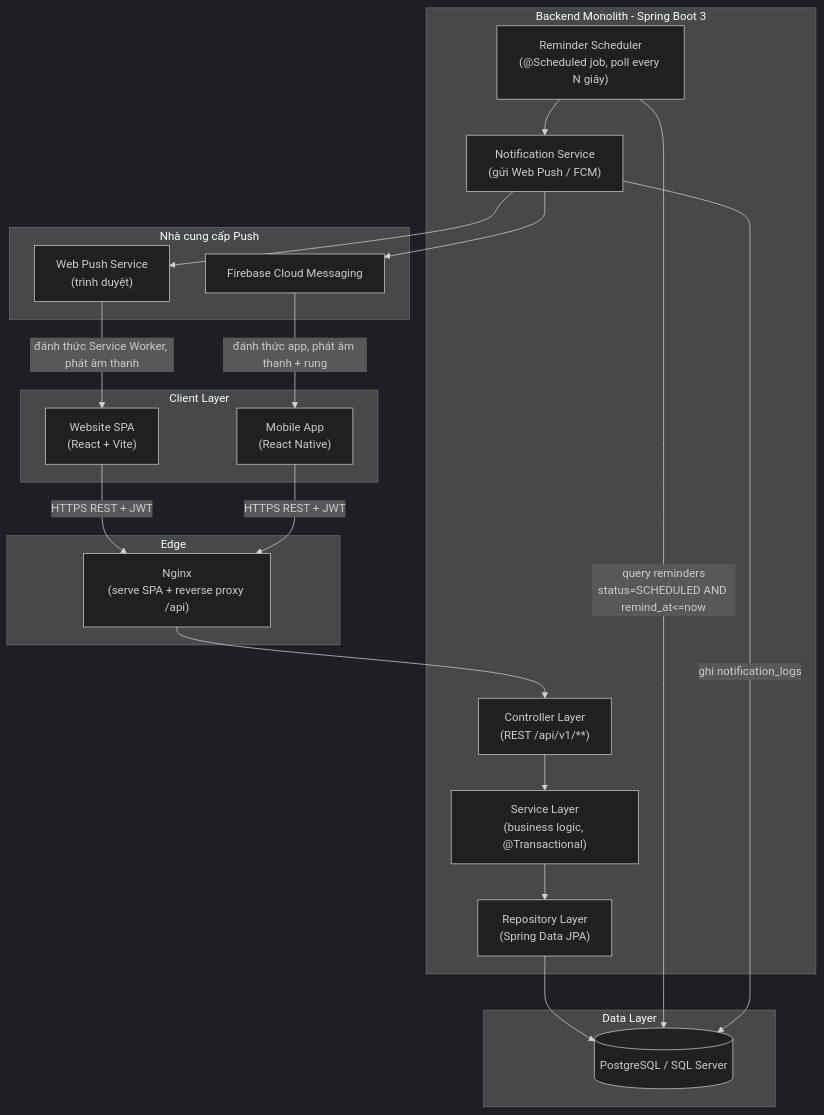
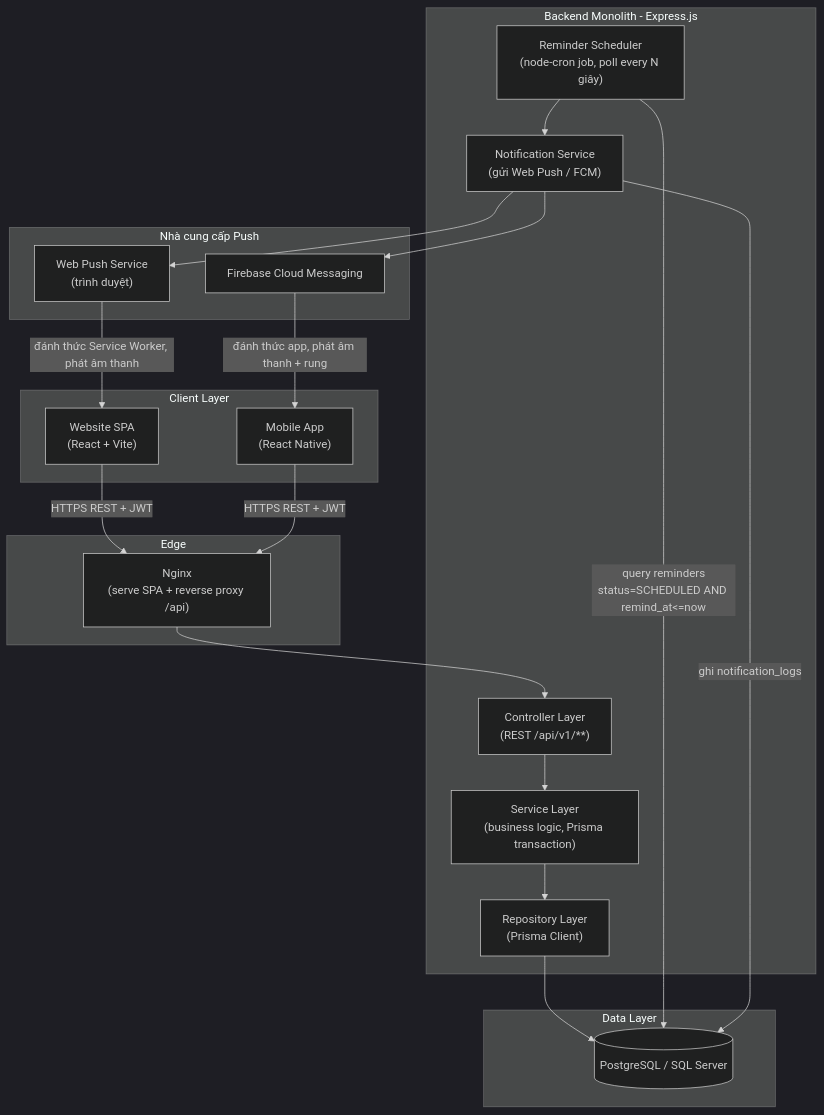
The first of 3 diagrams in BA/07_TaskAlarm_Architecture.md (Dieter9905/MN-Qronx), drawn with Mermaid (dark theme) before and after one commit. The commit also changed other lines of this file and 2 other files, not shown here.

First line of the commit message:
Chuyển công nghệ Backend từ Java/Spring Boot sang Node.js/Express

````diff
--- a/BA/07_TaskAlarm_Architecture.md
+++ b/BA/07_TaskAlarm_Architecture.md
@@ -19,43 +19,43 @@
 ```mermaid
 flowchart TB
     subgraph Clients[Client Layer]
         WEB["Website SPA<br/>(React + Vite)"]
         MOB["Mobile App<br/>(React Native)"]
     end
 
     subgraph Edge[Edge]
         NGINX["Nginx<br/>(serve SPA + reverse proxy /api)"]
     end
 
-    subgraph Backend[Backend Monolith - Spring Boot 3]
+    subgraph Backend[Backend Monolith - Express.js]
         CTRL["Controller Layer<br/>(REST /api/v1/**)"]
-        SVC["Service Layer<br/>(business logic, @Transactional)"]
-        REPO["Repository Layer<br/>(Spring Data JPA)"]
-        SCHED["Reminder Scheduler<br/>(@Scheduled job, poll every N giây)"]
+        SVC["Service Layer<br/>(business logic, Prisma transaction)"]
+        REPO["Repository Layer<br/>(Prisma Client)"]
+        SCHED["Reminder Scheduler<br/>(node-cron job, poll every N giây)"]
         NOTI["Notification Service<br/>(gửi Web Push / FCM)"]
     end
 
     subgraph Data[Data Layer]
         DB[("PostgreSQL / SQL Server")]
     end
 
     subgraph Push[Nhà cung cấp Push]
         WEBPUSH["Web Push Service<br/>(trình duyệt)"]
         FCM["Firebase Cloud Messaging"]
     end
 
     WEB -->|HTTPS REST + JWT| NGINX
     MOB -->|HTTPS REST + JWT| NGINX
     NGINX --> CTRL
     CTRL --> SVC
     SVC --> REPO
     REPO --> DB
 
     SCHED -->|"query reminders<br/>status=SCHEDULED AND remind_at<=now"| DB
     SCHED --> NOTI
     NOTI --> WEBPUSH
     NOTI --> FCM
     WEBPUSH -->|đánh thức Service Worker, phát âm thanh| WEB
     FCM -->|đánh thức app, phát âm thanh + rung| MOB
     NOTI -->|"ghi notification_logs"| DB
 ```
````
